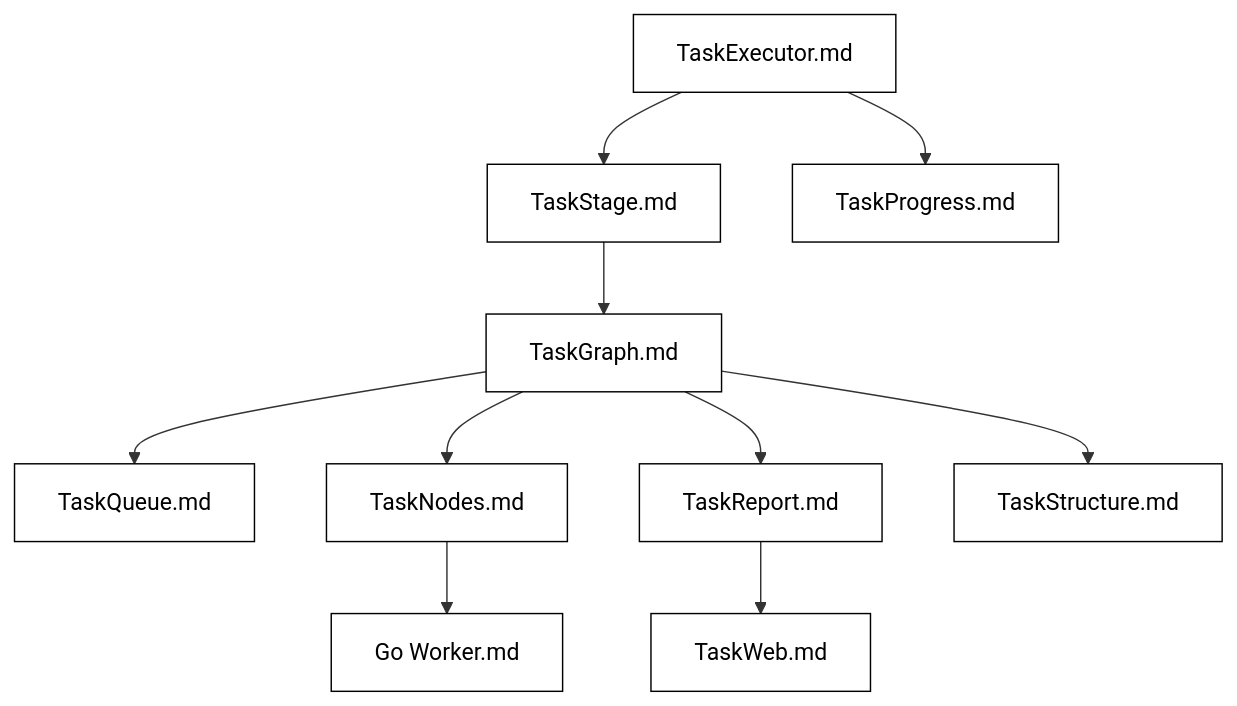
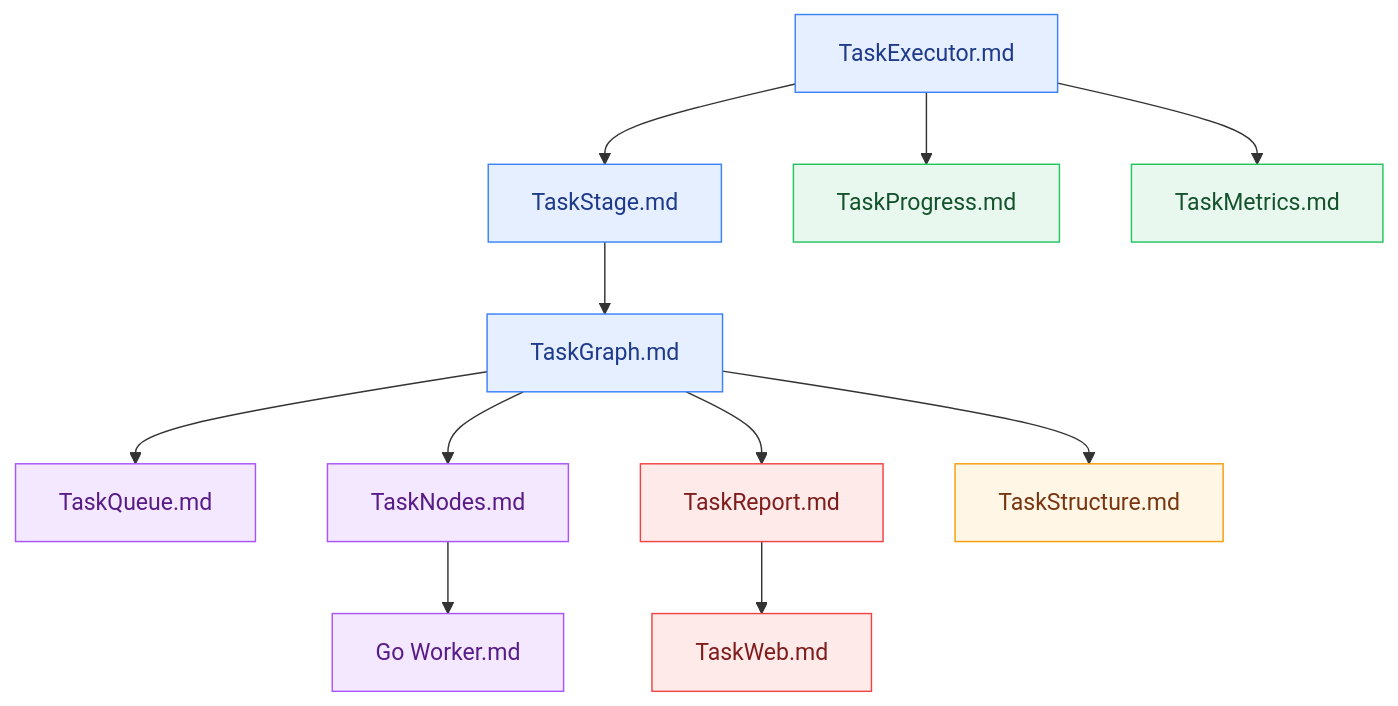
Before and after one commit to Mr-xiaotian/CelestialFlow: the second of 2 diagrams in README.md, drawn with Mermaid. The commit also changed 2 other files, not shown here.

Commit message:
[docs] add task_metrics.md; refine readme(in . and in tests/)

````diff
--- a/README.md
+++ b/README.md
@@ -160,17 +160,26 @@
 ```mermaid
 flowchart TD
-    classDef whiteNode fill:#ffffff,stroke:#000000,color:#000000;
+    classDef core fill:#e6efff,stroke:#3b82f6,color:#1e3a8a;
+    classDef runtime fill:#e9f8ef,stroke:#22c55e,color:#14532d;
+    classDef structure fill:#fff6e6,stroke:#f59e0b,color:#78350f;
+    classDef execution fill:#f3e8ff,stroke:#a855f7,color:#581c87;
+    classDef web fill:#ffeaea,stroke:#ef4444,color:#7f1d1d;
 
     TM[TaskExecutor.md] --> TS[TaskStage.md] --> TG[TaskGraph.md]
     TM --> TP[TaskProgress.md]
+    TM --> TME[TaskMetrics.md]
 
     TG --> TQ[TaskQueue.md]
     TG --> TN[TaskNodes.md]
     TG --> TR[TaskReport.md]
     TG --> TSR[TaskStructure.md]
 
     TR --> TW[TaskWeb.md]
     TN --> GW[Go Worker.md]
 
-    class TM,TG,TP,TQ,TN,TR,TS,TW,GW,TSR whiteNode;
+    class TM,TS,TG core;
+    class TP,TME runtime;
+    class TSR structure;
+    class TQ,TN,GW execution;
+    class TR,TW web;
 ```
````
